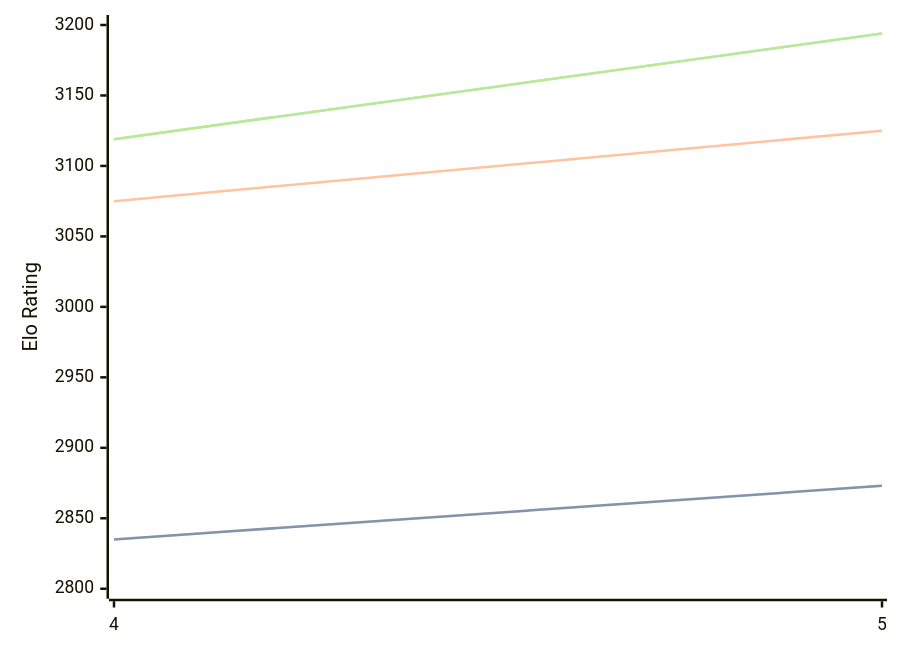
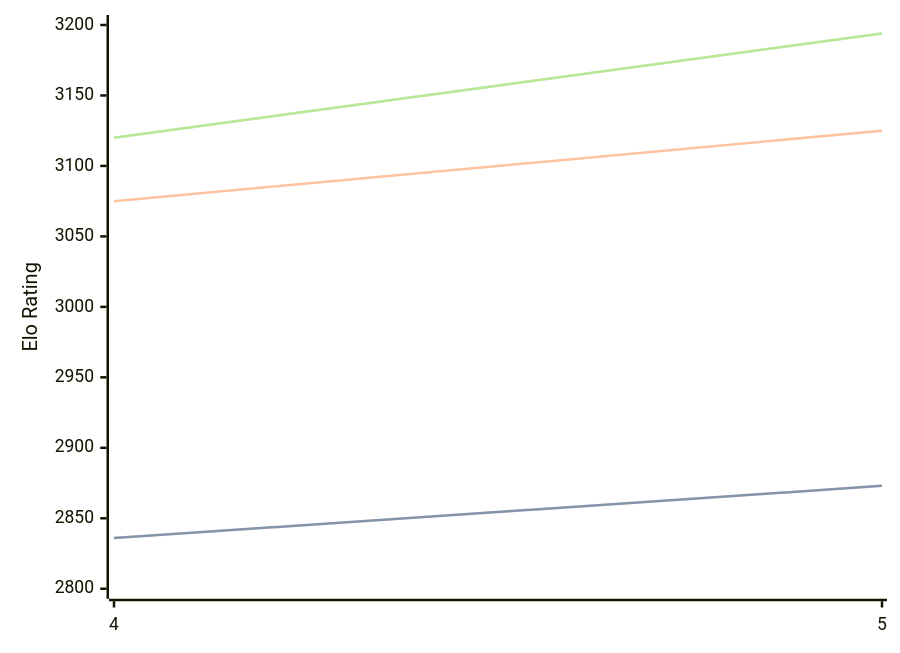
Before and after one commit to computer-chess-index/cci: the third of 3 diagrams in engines/Cwtch.md, drawn with Mermaid. The commit also changed other lines of this file, not shown here.

Commit message:
Update CCI Ratings (ELO VLTC) - 2026-06-24

````diff
--- a/engines/Cwtch.md
+++ b/engines/Cwtch.md
@@ -67,11 +67,11 @@
 ```mermaid
 %%{init: {"theme":"base","themeVariables":{"seriesColors:['#a3a3a3','#222221','#faa371']}}}%%
 xychart-beta
   x-axis ["4", "5"]
   y-axis "Elo Rating" 2800 --> 3200
-  line "STC (8.0+0.08s)" [2835, 2873]
-  line "STC (8.0+0.08s)" [2835, 2873]
+  line "STC (8.0+0.08s)" [2836, 2873]
+  line "STC (8.0+0.08s)" [2836, 2873]
   line "LTC (60.0+0.60s)" [3075, 3125]
-  line "VLTC (2m24s+1.12s)" [3119, 3194]
-  line "VLTC (2m24s+1.12s)" [3119, 3194]
+  line "VLTC (2m24s+1.12s)" [3120, 3194]
+  line "VLTC (2m24s+1.12s)" [3120, 3194]
 ```
````
